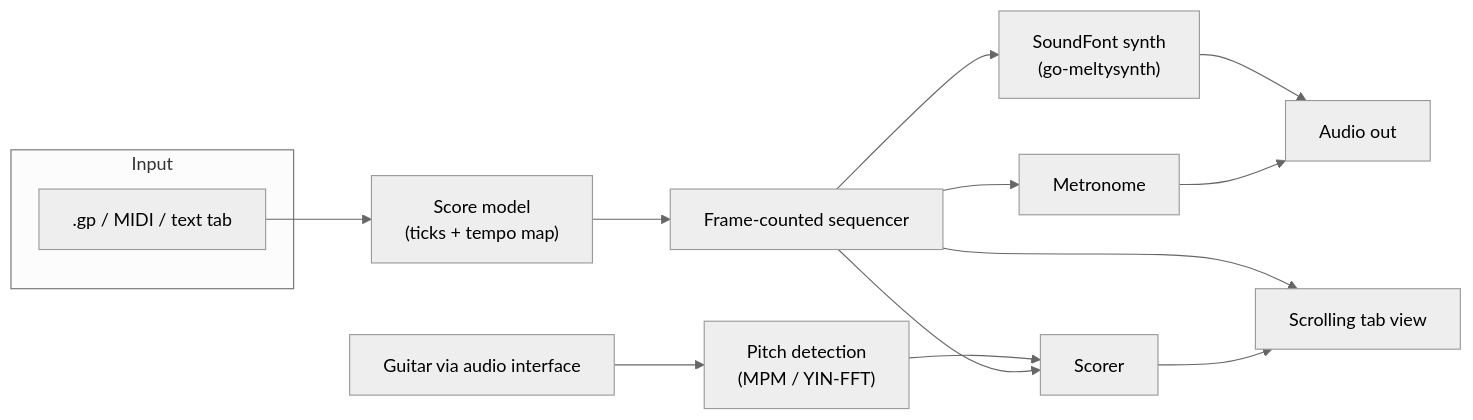
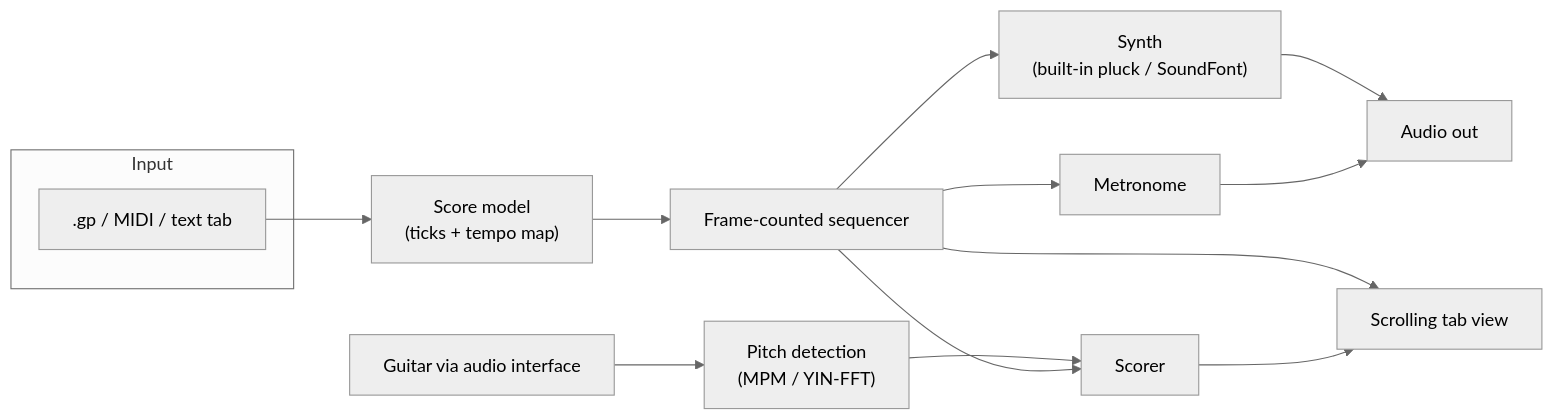
Before and after one commit to S95F/guitarTutor: the diagram in README.md, drawn with Mermaid (neutral theme). The commit also changed other lines of this file and 30 other files, not shown here.

````diff
--- a/README.md
+++ b/README.md
@@ -52,17 +53,17 @@
 ```mermaid
 flowchart LR
     subgraph Input
         GP[".gp / MIDI / text tab"]
     end
     GP --> Score["Score model<br/>(ticks + tempo map)"]
     Score --> Seq["Frame-counted sequencer"]
-    Seq --> Synth["SoundFont synth<br/>(go-meltysynth)"]
+    Seq --> Synth["Synth<br/>(built-in pluck / SoundFont)"]
     Seq --> Tab["Scrolling tab view"]
     Seq --> Click["Metronome"]
     Synth --> Out["Audio out"]
     Click --> Out
     Guitar["Guitar via audio interface"] --> Detect["Pitch detection<br/>(MPM / YIN-FFT)"]
     Detect --> Scorer["Scorer"]
     Seq --> Scorer
     Scorer --> Tab
 ```
````
